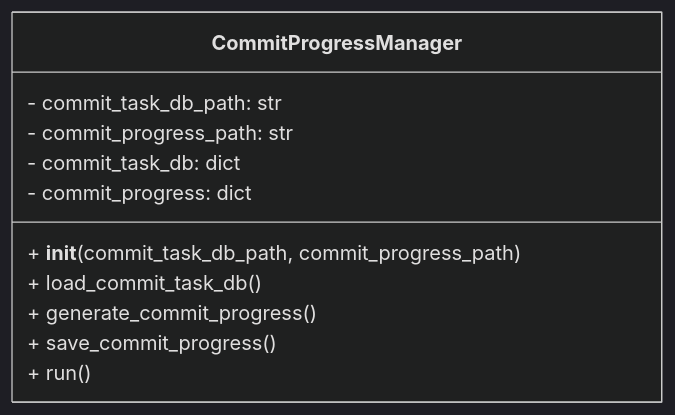
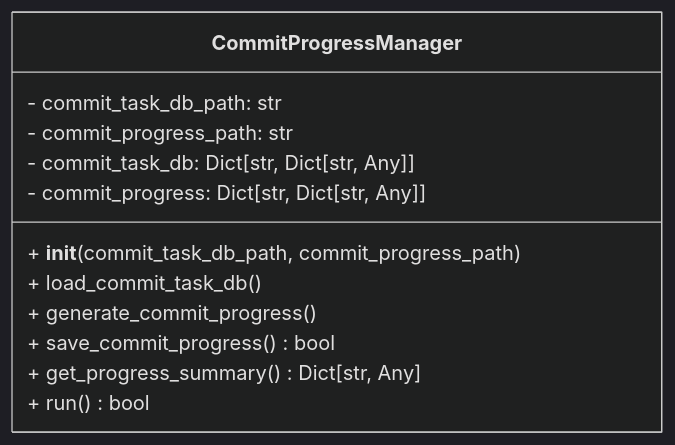
One commit to Shakour-Data/AutoProjectManagement changed the second of 2 diagrams in Docs/ModuleDocs/main_modules_doc/commit_progress_manager.md. Above: the diagram before and after it, drawn with Mermaid (dark theme). The commit also changed other lines of this file, not shown here.

Commit message:
Auto-commit: 1 file(s) updated

````diff
--- a/Docs/ModuleDocs/main_modules_doc/commit_progress_manager.md
+++ b/Docs/ModuleDocs/main_modules_doc/commit_progress_manager.md
@@ -41,14 +36,15 @@
 ```mermaid
 classDiagram
     class CommitProgressManager {
         - commit_task_db_path: str
         - commit_progress_path: str
-        - commit_task_db: dict
-        - commit_progress: dict
+        - commit_task_db: Dict[str, Dict[str, Any]]
+        - commit_progress: Dict[str, Dict[str, Any]]
         + __init__(commit_task_db_path, commit_progress_path)
         + load_commit_task_db()
         + generate_commit_progress()
-        + save_commit_progress()
-        + run()
+        + save_commit_progress() bool
+        + get_progress_summary() Dict[str, Any]
+        + run() bool
     }
 ```
````
